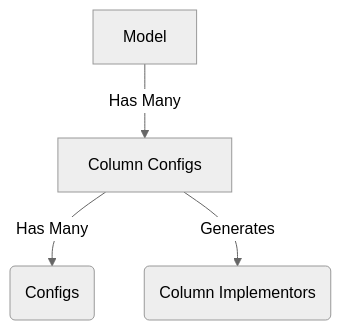
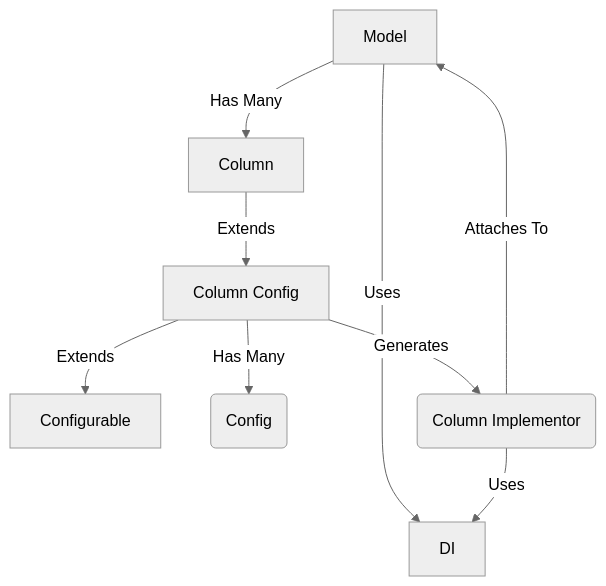
One commit to cmancone/clearskies changed the diagram in docs/models_and_columns.md. Above: the diagram before and after it, drawn with Mermaid (neutral theme). The commit also changed other lines of this file, not shown here.

Commit message:
A quick rundown

````diff
--- a/docs/models_and_columns.md
+++ b/docs/models_and_columns.md
@@ -1,6 +12,11 @@
 ```mermaid
-graph TD;
-    model[Model] -->|Has Many| column_configs[Column Configs];
-    column_configs --> |Has Many| configs(Configs);
-    column_configs --> |Generates| column_implementors(Column Implementors);
+flowchart TD;
+    model[Model] --> |Has Many| column[Column];
+    column --> |Extends| column_config[Column Config];
+    model --> |Uses| di[DI];
+    column_config --> |Extends| configurable[Configurable];
+    column_config --> |Has Many| config(Config);
+    column_config --> |Generates| column_implementor(Column Implementor);
+    column_implementor --> |Attaches To| model;
+    column_implementor --> |Uses| di;
 ```
````
